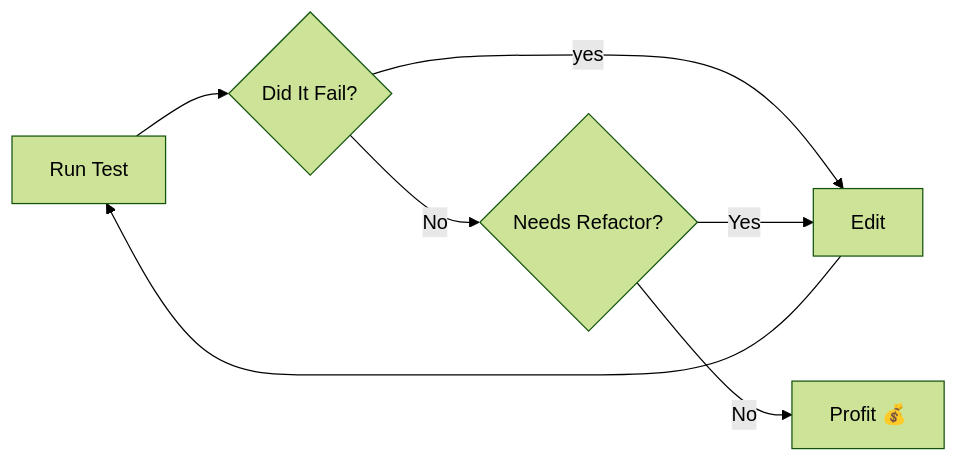
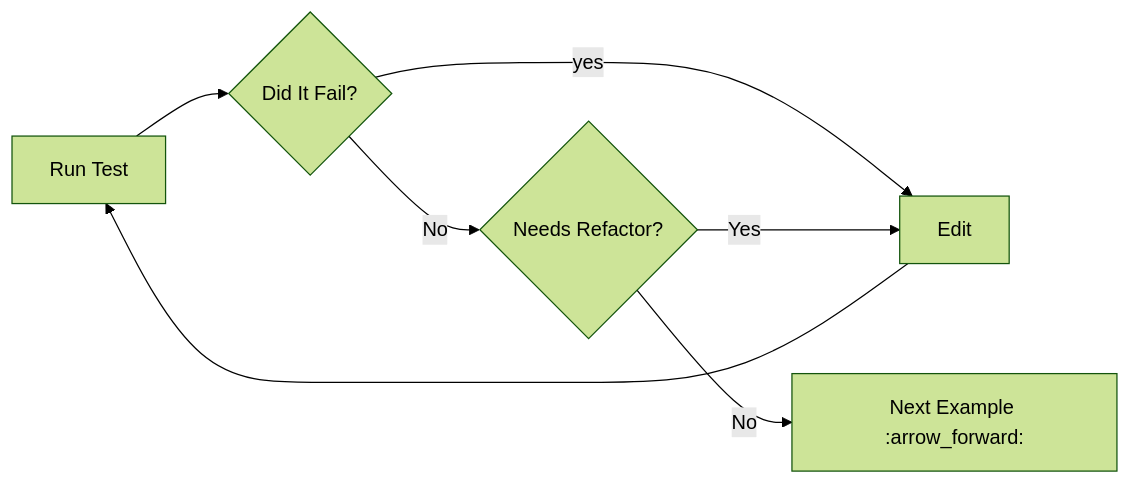
Before and after one commit to coterahq/learn-era-by-example: the diagram in README.md, drawn with Mermaid (forest theme). The commit also changed other lines of this file, not shown here.

````diff
--- a/README.md
+++ b/README.md
@@ -71,9 +99,9 @@
 ```mermaid
 graph LR
     A[Run Test] --> B{Did It Fail?}
     B -->|yes| D[Edit]
     B -->|No| C{Needs Refactor?}
     D --> A
     C -->|Yes| D
-    C -->|No| E[Profit 💰]
+    C -->|No| E[Next Example :arrow_forward:]
 ```
````
